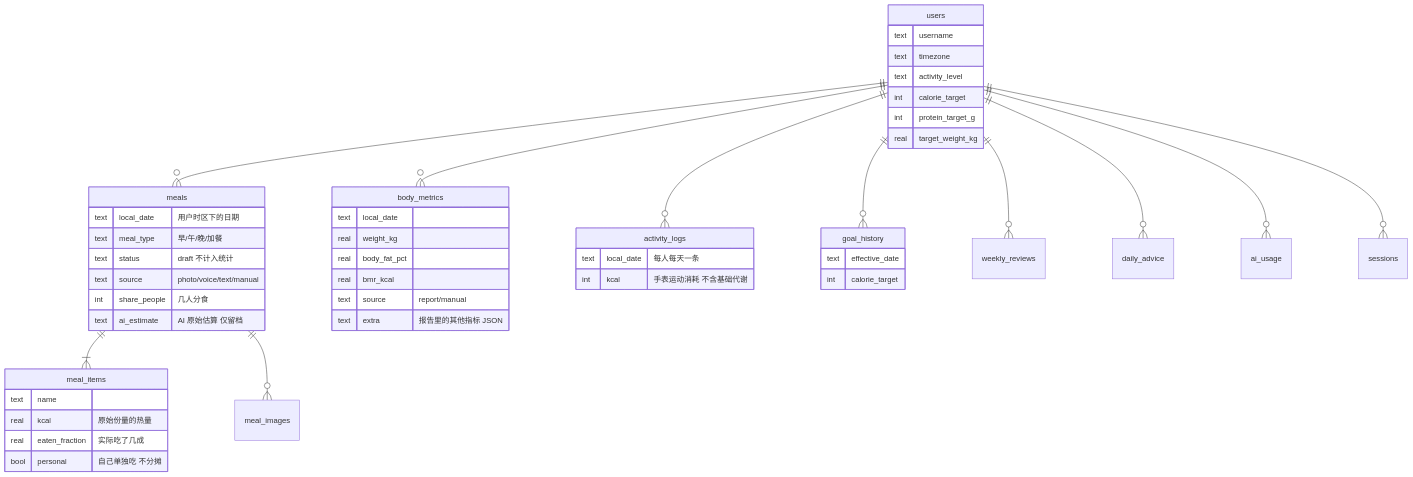
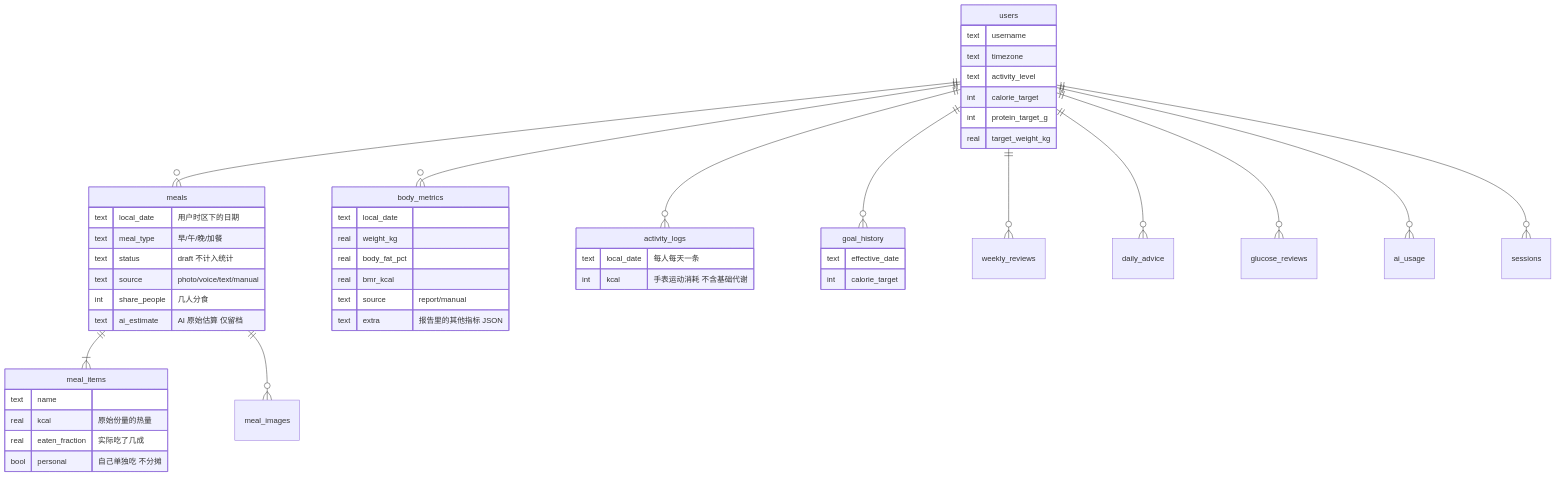
Before and after one commit to hypepsi/dailyfood: the third of 4 diagrams in README.md, drawn with Mermaid. The commit also changed other lines of this file and 11 other files, not shown here.

````diff
--- a/README.md
+++ b/README.md
@@ -286,52 +290,53 @@
 ```mermaid
 erDiagram
     users ||--o{ meals : ""
     users ||--o{ body_metrics : ""
     users ||--o{ activity_logs : ""
     users ||--o{ goal_history : ""
     users ||--o{ weekly_reviews : ""
     users ||--o{ daily_advice : ""
+    users ||--o{ glucose_reviews : ""
     users ||--o{ ai_usage : ""
     users ||--o{ sessions : ""
     meals ||--|{ meal_items : ""
     meals ||--o{ meal_images : ""
 
     users {
         text username
         text timezone
         text activity_level
         int calorie_target
         int protein_target_g
         real target_weight_kg
     }
     meals {
         text local_date "用户时区下的日期"
         text meal_type "早/午/晚/加餐"
         text status "draft 不计入统计"
         text source "photo/voice/text/manual"
         int share_people "几人分食"
         text ai_estimate "AI 原始估算 仅留档"
     }
     meal_items {
         text name
         real kcal "原始份量的热量"
         real eaten_fraction "实际吃了几成"
         bool personal "自己单独吃 不分摊"
     }
     body_metrics {
         text local_date
         real weight_kg
         real body_fat_pct
         real bmr_kcal
         text source "report/manual"
         text extra "报告里的其他指标 JSON"
     }
     activity_logs {
         text local_date "每人每天一条"
         int kcal "手表运动消耗 不含基础代谢"
     }
     goal_history {
         text effective_date
         int calorie_target
     }
 ```
````
